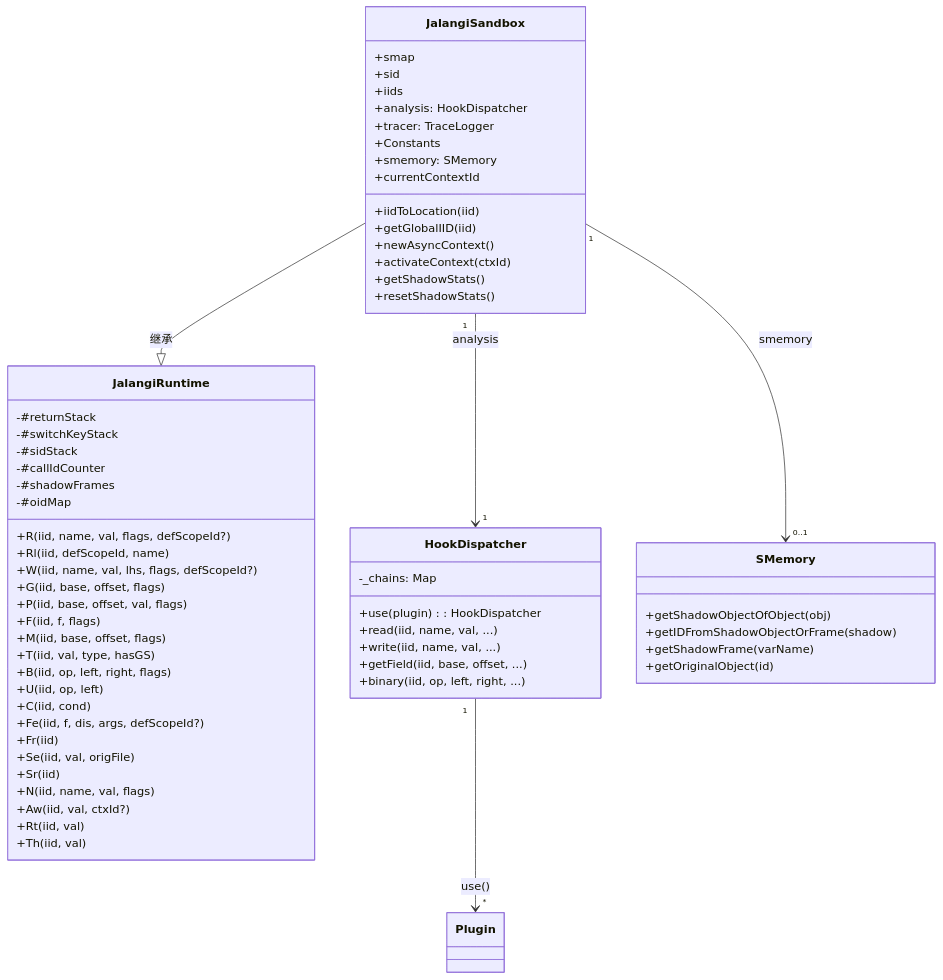
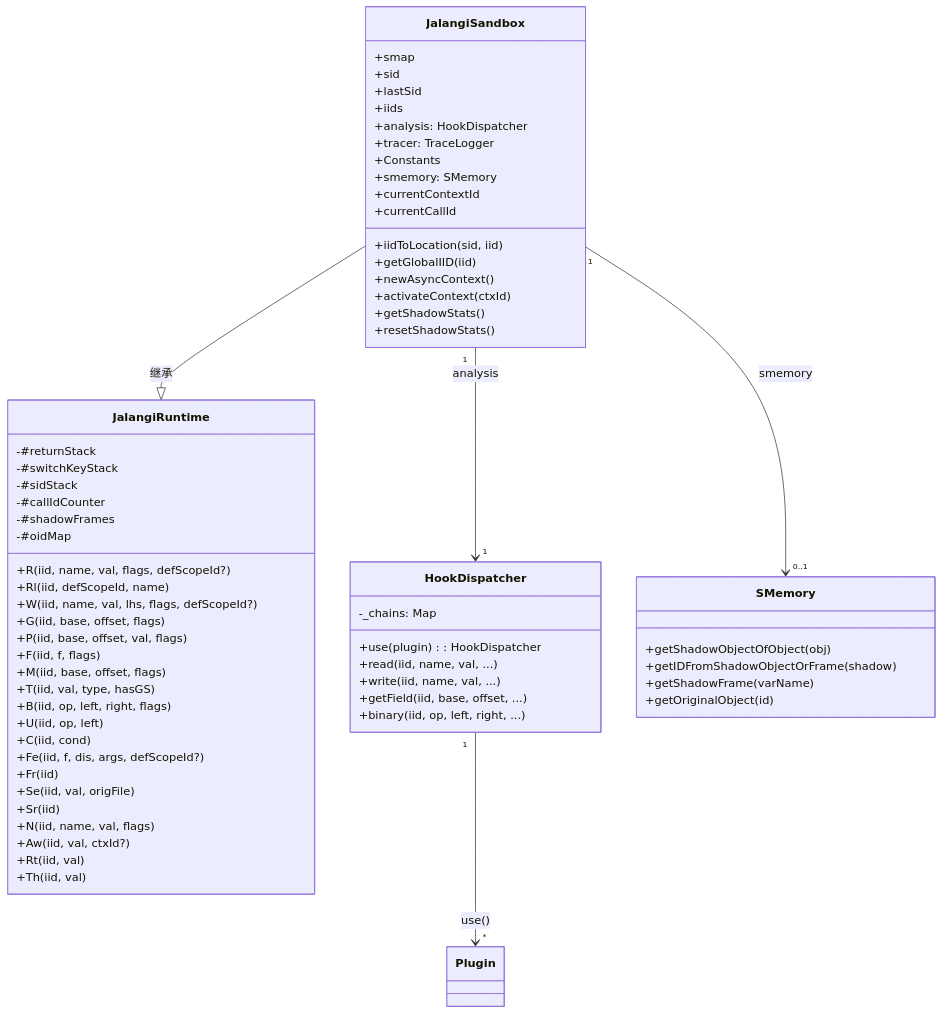
The first of 6 diagrams in docs/Runtime-System.md (fuckreverse/Jani), drawn with Mermaid before and after one commit. The commit also changed other lines of this file and 26 other files, not shown here.

Commit message:
docs: 移除 TypedArrayBackend 文档引用，新增 await 和属性复合赋值插桩配置，修正 iidToLocation 调用，清理日志相关注释和代码，完善异步上下文支持，更新插桩器和作用域处理逻辑，修正 RegExp 序列化缺失标志，补充代码问题说明文档

````diff
--- a/docs/Runtime-System.md
+++ b/docs/Runtime-System.md
@@ -22,68 +22,70 @@
 ```mermaid
 classDiagram
     class JalangiRuntime {
         +R(iid, name, val, flags, defScopeId?)
         +Rl(iid, defScopeId, name)
         +W(iid, name, val, lhs, flags, defScopeId?)
         +G(iid, base, offset, flags)
         +P(iid, base, offset, val, flags)
         +F(iid, f, flags)
         +M(iid, base, offset, flags)
         +T(iid, val, type, hasGS)
         +B(iid, op, left, right, flags)
         +U(iid, op, left)
         +C(iid, cond)
         +Fe(iid, f, dis, args, defScopeId?)
         +Fr(iid)
         +Se(iid, val, origFile)
         +Sr(iid)
         +N(iid, name, val, flags)
         +Aw(iid, val, ctxId?)
         +Rt(iid, val)
         +Th(iid, val)
         -#returnStack
         -#switchKeyStack
         -#sidStack
         -#callIdCounter
         -#shadowFrames
         -#oidMap
     }
 
     class JalangiSandbox {
         +smap
         +sid
+        +lastSid
         +iids
         +analysis: HookDispatcher
         +tracer: TraceLogger
         +Constants
         +smemory: SMemory
-        +iidToLocation(iid)
+        +iidToLocation(sid, iid)
         +getGlobalIID(iid)
         +newAsyncContext()
         +activateContext(ctxId)
         +currentContextId
+        +currentCallId
         +getShadowStats()
         +resetShadowStats()
     }
 
     class HookDispatcher {
         +use(plugin): HookDispatcher
         +read(iid, name, val, ...)
         +write(iid, name, val, ...)
         +getField(iid, base, offset, ...)
         +binary(iid, op, left, right, ...)
         -_chains: Map
     }
 
     class SMemory {
         +getShadowObjectOfObject(obj)
         +getIDFromShadowObjectOrFrame(shadow)
         +getShadowFrame(varName)
         +getOriginalObject(id)
     }
 
     JalangiSandbox --|> JalangiRuntime : 继承
     JalangiSandbox "1" --> "1" HookDispatcher : analysis
     JalangiSandbox "1" --> "0..1" SMemory : smemory
     HookDispatcher "1" --> "*" Plugin : use()
 ```
````
